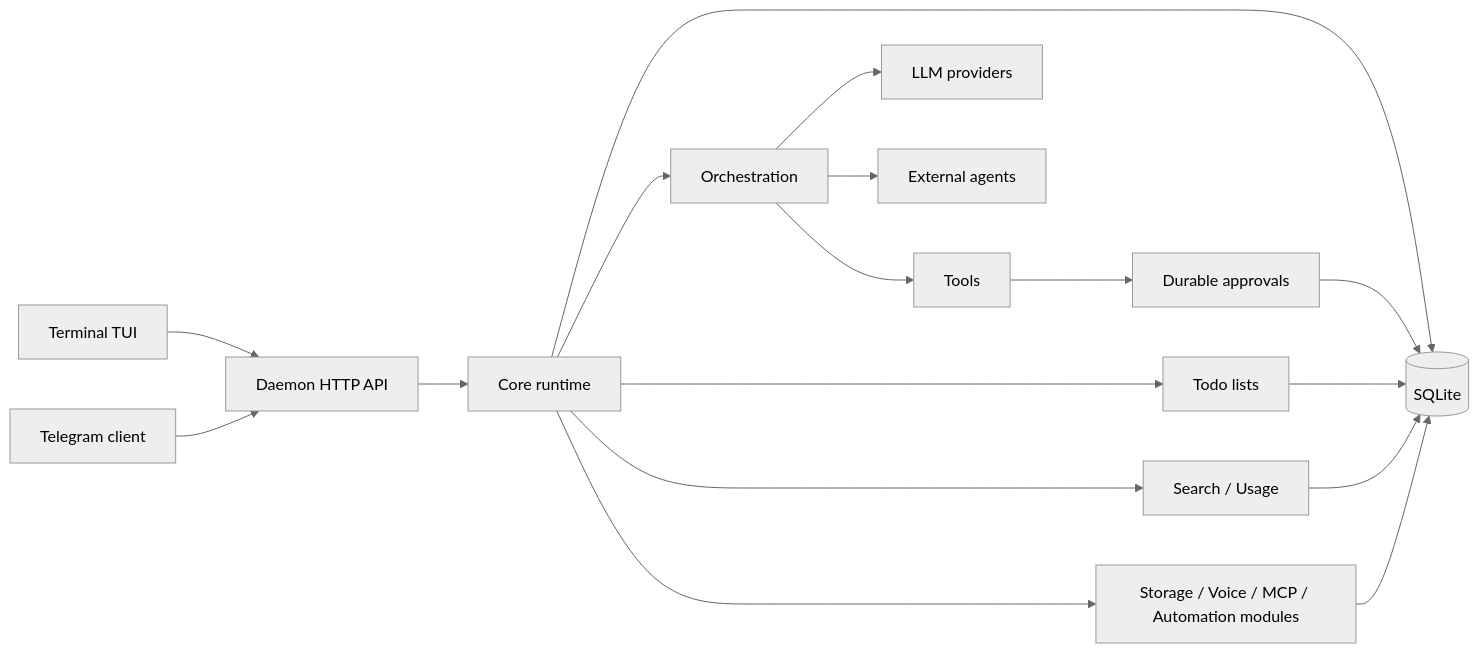
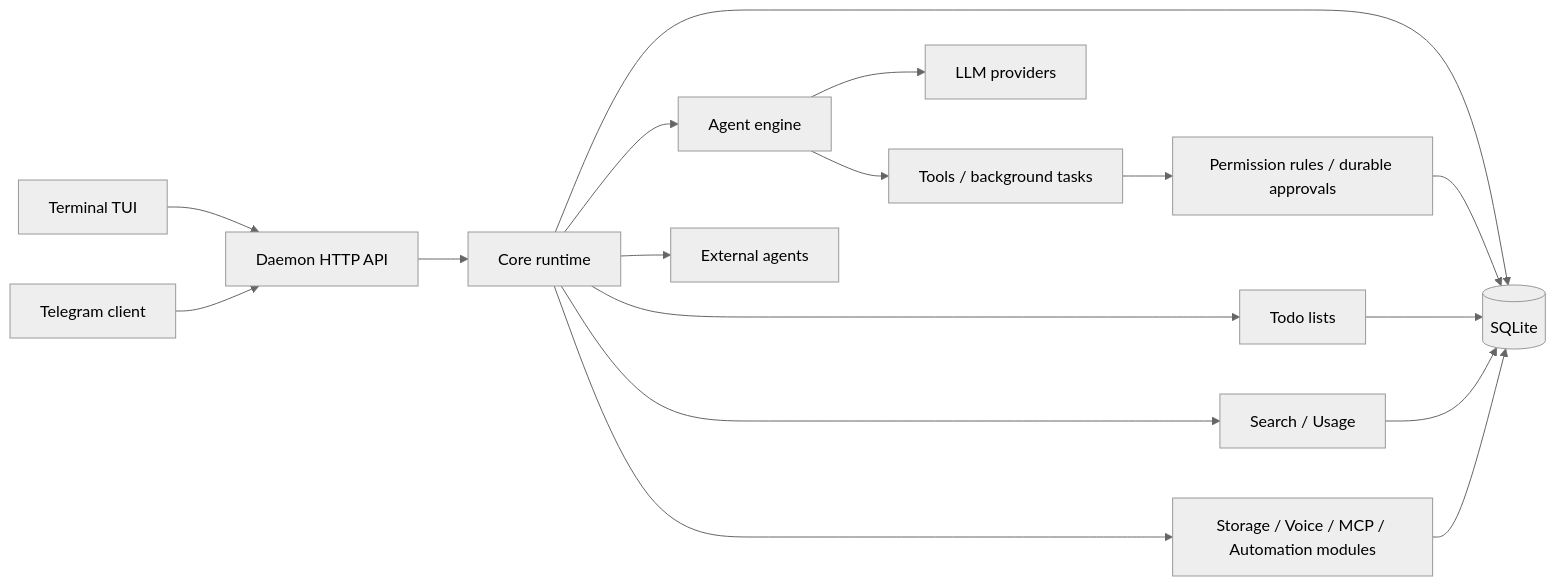
Before and after one commit to Suren878/matrixclaw: the second of 2 diagrams in README.md, drawn with Mermaid (neutral theme). The commit also changed other lines of this file, not shown here.

Commit message:
docs(readme): long runs, permission rules and the new session commands

````diff
--- a/README.md
+++ b/README.md
@@ -477,19 +490,19 @@
 ```mermaid
 flowchart LR
     TUI[Terminal TUI] --> API[Daemon HTTP API]
     TG[Telegram client] --> API
     API --> CORE[Core runtime]
     CORE --> STORE[(SQLite)]
-    CORE --> ORCH[Orchestration]
-    ORCH --> PROVIDERS[LLM providers]
-    ORCH --> AGENTS[External agents]
-    ORCH --> TOOLS[Tools]
-    TOOLS --> APPROVALS[Durable approvals]
+    CORE --> ENGINE[Agent engine]
+    CORE --> AGENTS[External agents]
+    ENGINE --> PROVIDERS[LLM providers]
+    ENGINE --> TOOLS[Tools / background tasks]
+    TOOLS --> APPROVALS[Permission rules / durable approvals]
     APPROVALS --> STORE
     CORE --> TODO[Todo lists]
     CORE --> SEARCH[Search / Usage]
     CORE --> MODULES[Storage / Voice / MCP / Automation modules]
     TODO --> STORE
     SEARCH --> STORE
     MODULES --> STORE
 ```
````
